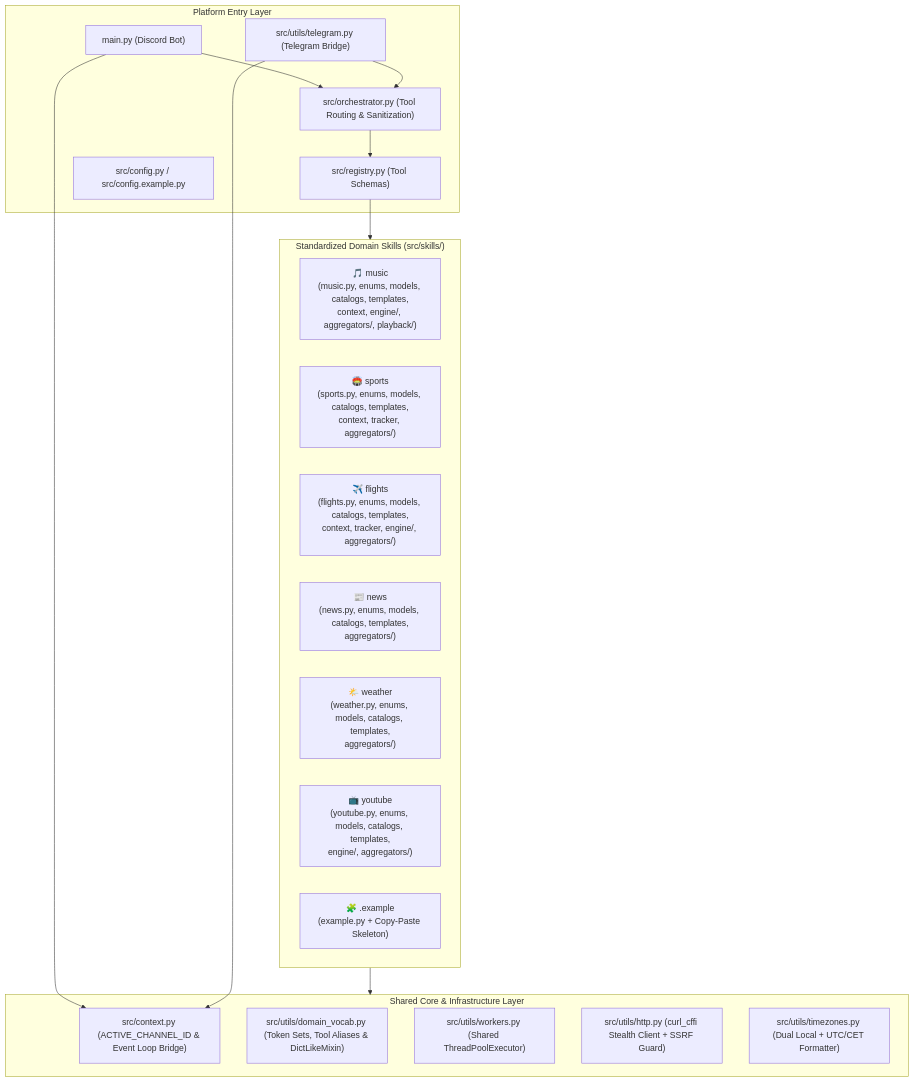
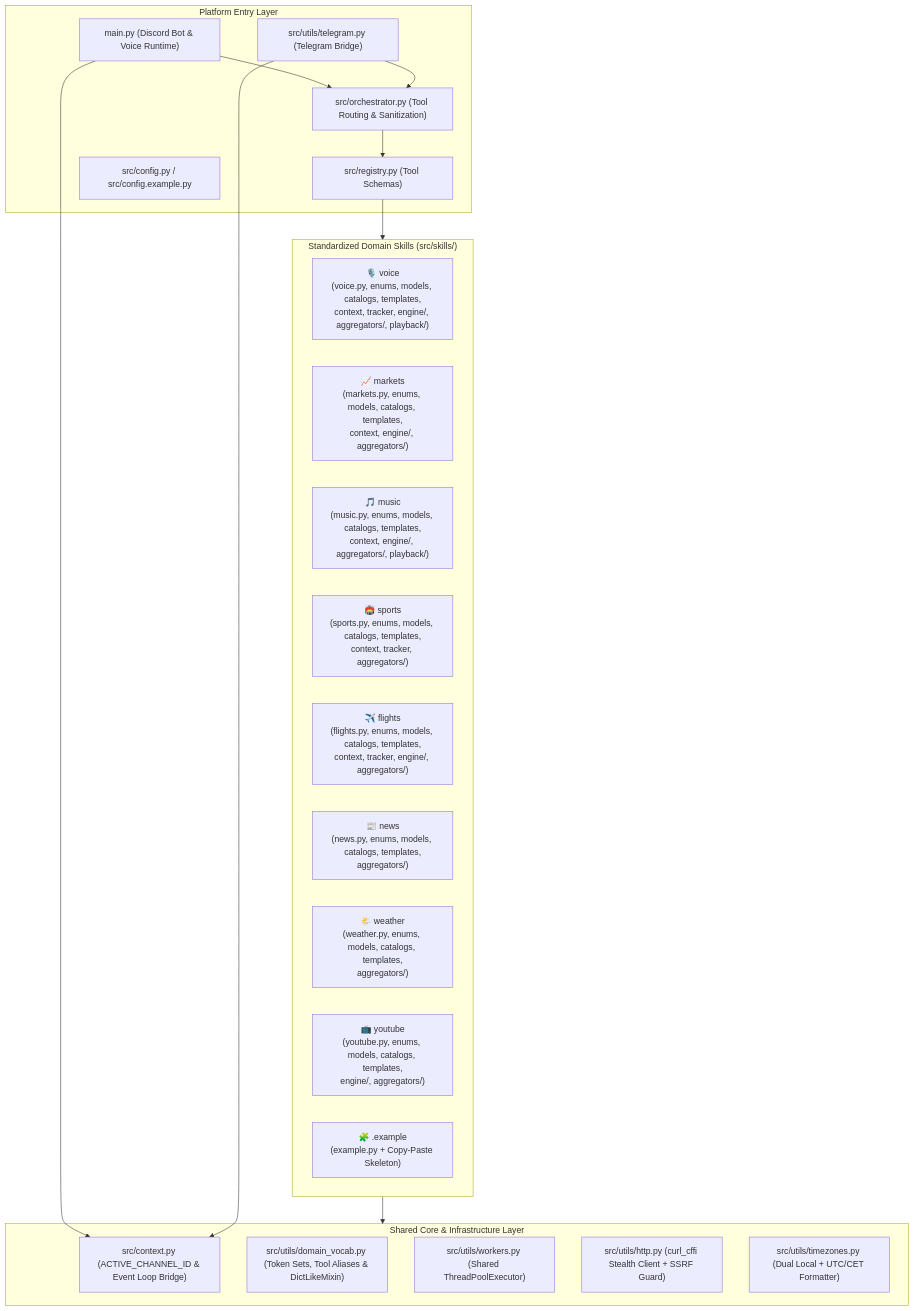
One commit to ElvisHalil/discord-bot changed the diagram in README.md. Above: the diagram before and after it, drawn with Mermaid. The commit also changed other lines of this file and 1 other file, not shown here.

Commit message:
docs(readme): document Discord Voice-Channel AI Co-Host and Global Markets skills, commands, and usage guide

````diff
--- a/README.md
+++ b/README.md
@@ -25,36 +27,38 @@
 ```mermaid
 flowchart TD
     subgraph Entry["Platform Entry Layer"]
-        MAIN["main.py (Discord Bot)"]
+        MAIN["main.py (Discord Bot & Voice Runtime)"]
         TG["src/utils/telegram.py (Telegram Bridge)"]
         ORCH["src/orchestrator.py (Tool Routing & Sanitization)"]
         REG["src/registry.py (Tool Schemas)"]
         CFG["src/config.py / src/config.example.py"]
     end
 
     subgraph Core["Shared Core & Infrastructure Layer"]
         CTX["src/context.py (ACTIVE_CHANNEL_ID & Event Loop Bridge)"]
         VOCAB["src/utils/domain_vocab.py (Token Sets, Tool Aliases & DictLikeMixin)"]
         WRK["src/utils/workers.py (Shared ThreadPoolExecutor)"]
         HTTP["src/utils/http.py (curl_cffi Stealth Client + SSRF Guard)"]
         TZ["src/utils/timezones.py (Dual Local + UTC/CET Formatter)"]
     end
 
     subgraph Skills["Standardized Domain Skills (src/skills/)"]
+        VCE["🎙️ voice\n(voice.py, enums, models, catalogs, templates,\ncontext, tracker, engine/, aggregators/, playback/)"]
+        MKT["📈 markets\n(markets.py, enums, models, catalogs, templates,\ncontext, engine/, aggregators/)"]
         MUS["🎵 music\n(music.py, enums, models, catalogs, templates,\ncontext, engine/, aggregators/, playback/)"]
         SPT["🏟️ sports\n(sports.py, enums, models, catalogs, templates,\ncontext, tracker, aggregators/)"]
         FLT["✈️ flights\n(flights.py, enums, models, catalogs, templates,\ncontext, tracker, engine/, aggregators/)"]
         NWS["📰 news\n(news.py, enums, models, catalogs, templates,\naggregators/)"]
         WTH["🌤️ weather\n(weather.py, enums, models, catalogs, templates,\naggregators/)"]
         YT["📺 youtube\n(youtube.py, enums, models, catalogs, templates,\nengine/, aggregators/)"]
         EX["🧩 .example\n(example.py + Copy-Paste Skeleton)"]
     end
 
     MAIN --> ORCH
     TG --> ORCH
     MAIN --> CTX
     TG --> CTX
     ORCH --> REG
     REG --> Skills
     Skills --> Core
 ```
````
